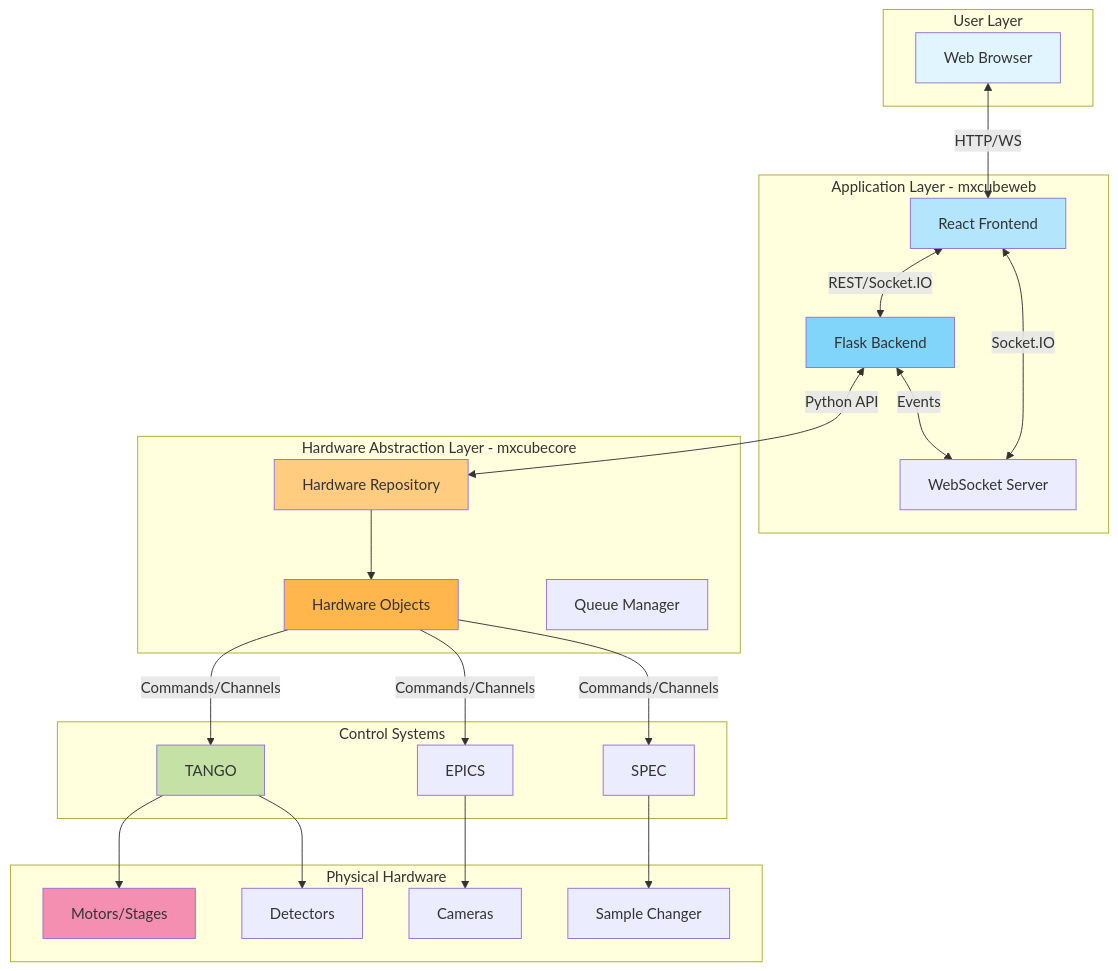
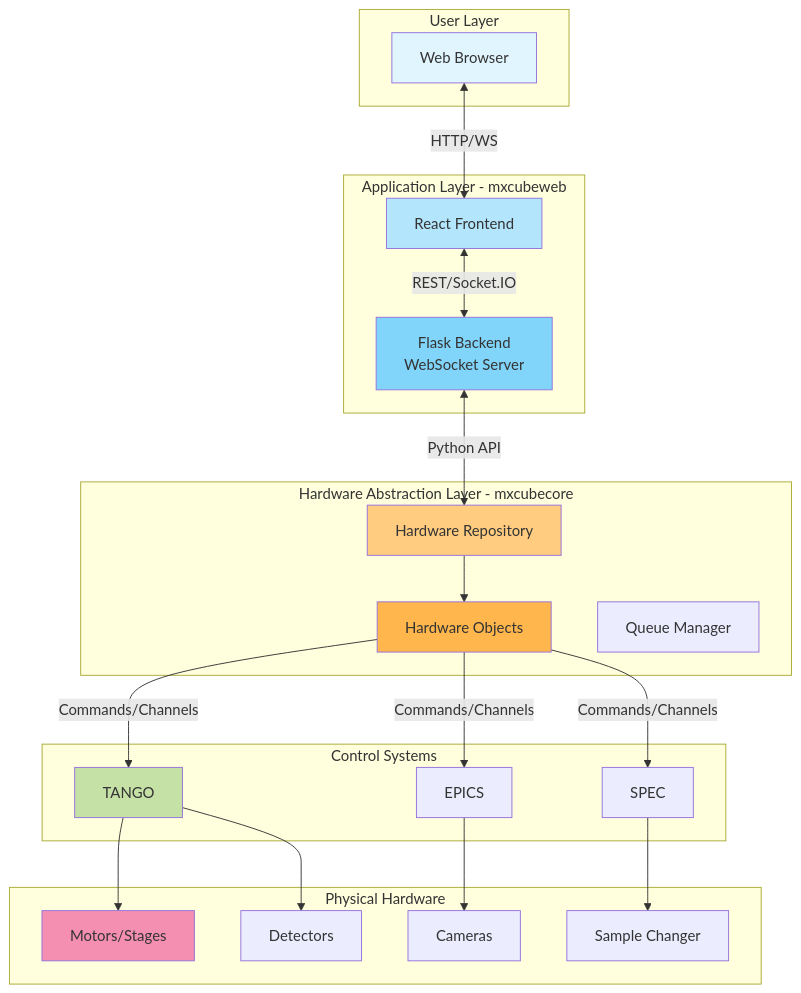
The first of 14 diagrams in docs/source/dev/architecture.md (mxcube/mxcubecore), drawn with Mermaid before and after one commit. The commit also changed other lines of this file, not shown here.

Commit message:
docs: refine architecture guide after PR review

````diff
--- a/docs/source/dev/architecture.md
+++ b/docs/source/dev/architecture.md
@@ -24,53 +26,50 @@
 ```mermaid
 graph TB
     subgraph "User Layer"
         Browser[Web Browser]
     end
-    
+
     subgraph "Application Layer - mxcubeweb"
         UI[React Frontend]
-        API[Flask Backend]
-        WS[WebSocket Server]
+        API[Flask Backend<br/>WebSocket Server]
     end
-    
+
     subgraph "Hardware Abstraction Layer - mxcubecore"
         HWR[Hardware Repository]
         HWO[Hardware Objects]
         QM[Queue Manager]
     end
-    
+
     subgraph "Control Systems"
         TANGO[TANGO]
         EPICS[EPICS]
         SPEC[SPEC]
     end
-    
+
     subgraph "Physical Hardware"
         Motors[Motors/Stages]
         Detectors[Detectors]
         Cameras[Cameras]
         SC[Sample Changer]
     end
-    
+
     Browser <-->|HTTP/WS| UI
     UI <-->|REST/Socket.IO| API
     API <-->|Python API| HWR
-    API <-->|Events| WS
-    WS <-->|Socket.IO| UI
     HWR --> HWO
     HWO -->|Commands/Channels| TANGO
     HWO -->|Commands/Channels| EPICS
     HWO -->|Commands/Channels| SPEC
     TANGO --> Motors
     TANGO --> Detectors
     EPICS --> Cameras
     SPEC --> SC
 
     style Browser fill:#e1f5ff
     style UI fill:#b3e5fc
     style API fill:#81d4fa
     style HWR fill:#ffcc80
     style HWO fill:#ffb74d
     style TANGO fill:#c5e1a5
     style Motors fill:#f48fb1
 ```
````
